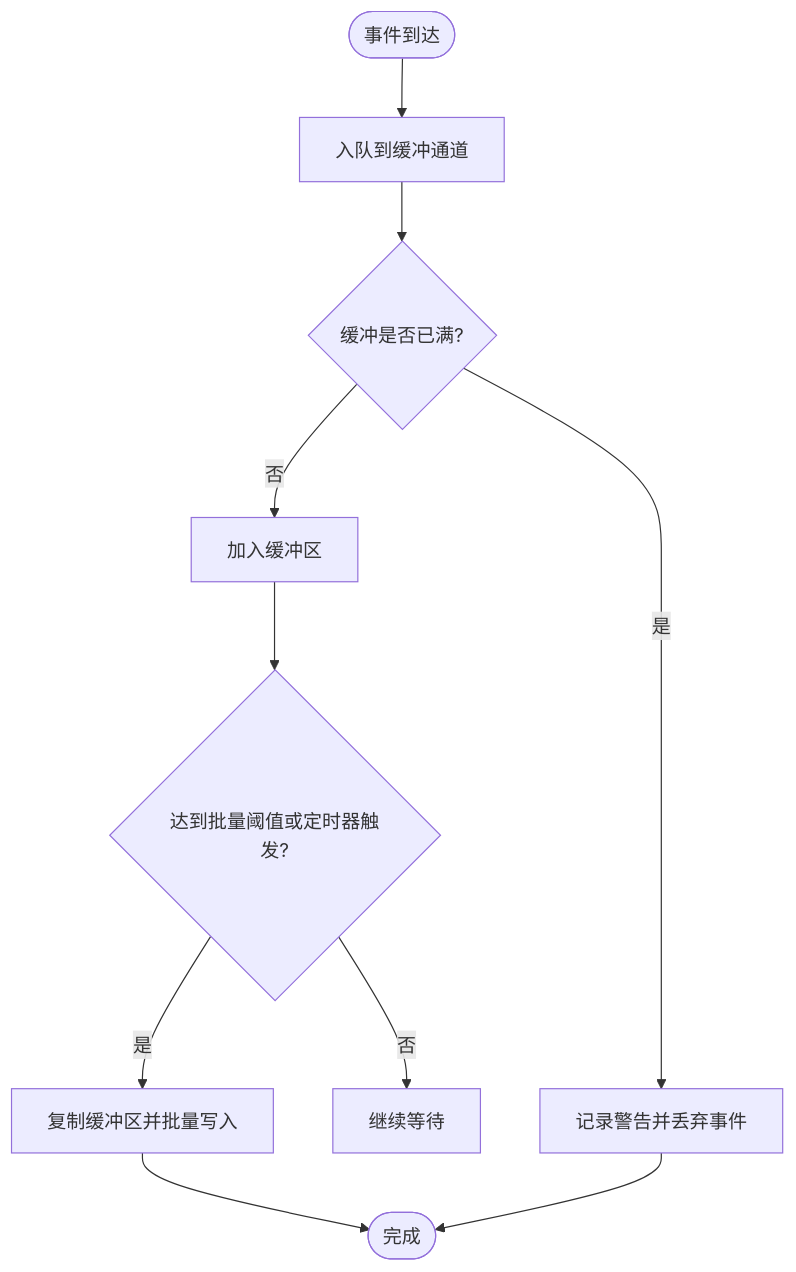
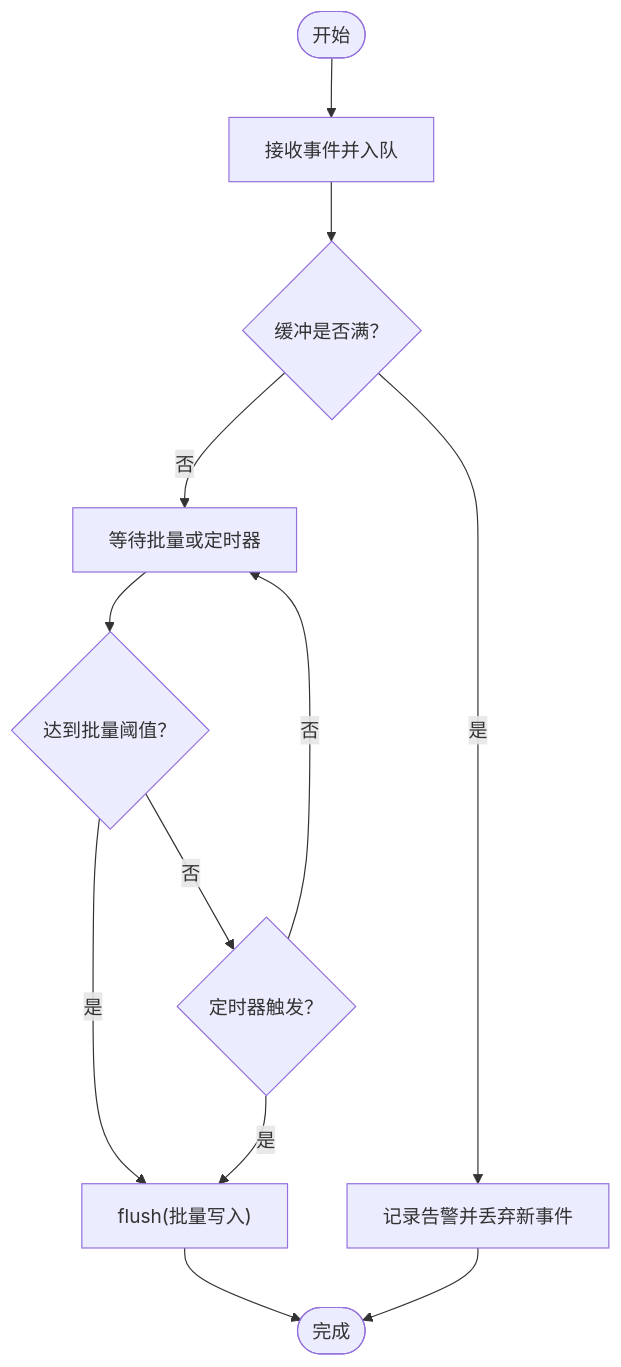
Before and after one commit to x01n/My-OpenWaf: the third of 8 diagrams in docs/监控与可观测性/监控与可观测性.md, drawn with Mermaid. The commit also changed other lines of this file and 199 other files, not shown here.

````diff
--- a/docs/监控与可观测性/监控与可观测性.md
+++ b/docs/监控与可观测性/监控与可观测性.md
@@ -204,12 +135,14 @@
 ```mermaid
 flowchart TD
-Start(["事件到达"]) --> Enqueue["入队到缓冲通道"]
-Enqueue --> Full{"缓冲是否已满?"}
-Full -- 是 --> Drop["记录警告并丢弃事件"]
-Full -- 否 --> Buffer["加入缓冲区"]
-Buffer --> BatchReady{"达到批量阈值或定时器触发?"}
-BatchReady -- 否 --> Wait["继续等待"]
-BatchReady -- 是 --> Flush["复制缓冲区并批量写入"]
+Start(["开始"]) --> Enqueue["接收事件并入队"]
+Enqueue --> BufferFull{"缓冲是否满？"}
+BufferFull --> |是| Warn["记录告警并丢弃新事件"]
+BufferFull --> |否| Wait["等待批量或定时器"]
+Wait --> BatchReady{"达到批量阈值？"}
+BatchReady --> |是| Flush["flush(批量写入)"]
+BatchReady --> |否| TimerTick{"定时器触发？"}
+TimerTick --> |是| Flush
+TimerTick --> |否| Wait
 Flush --> Done(["完成"])
-Drop --> Done
+Warn --> Done
 ```
````
